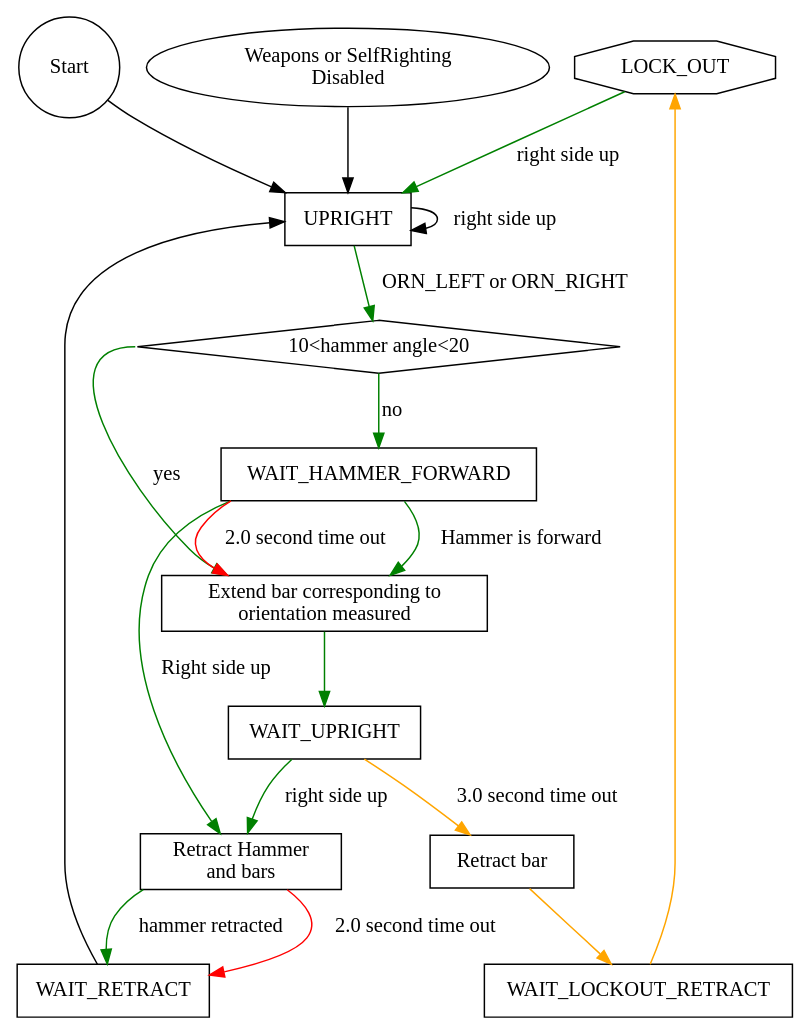
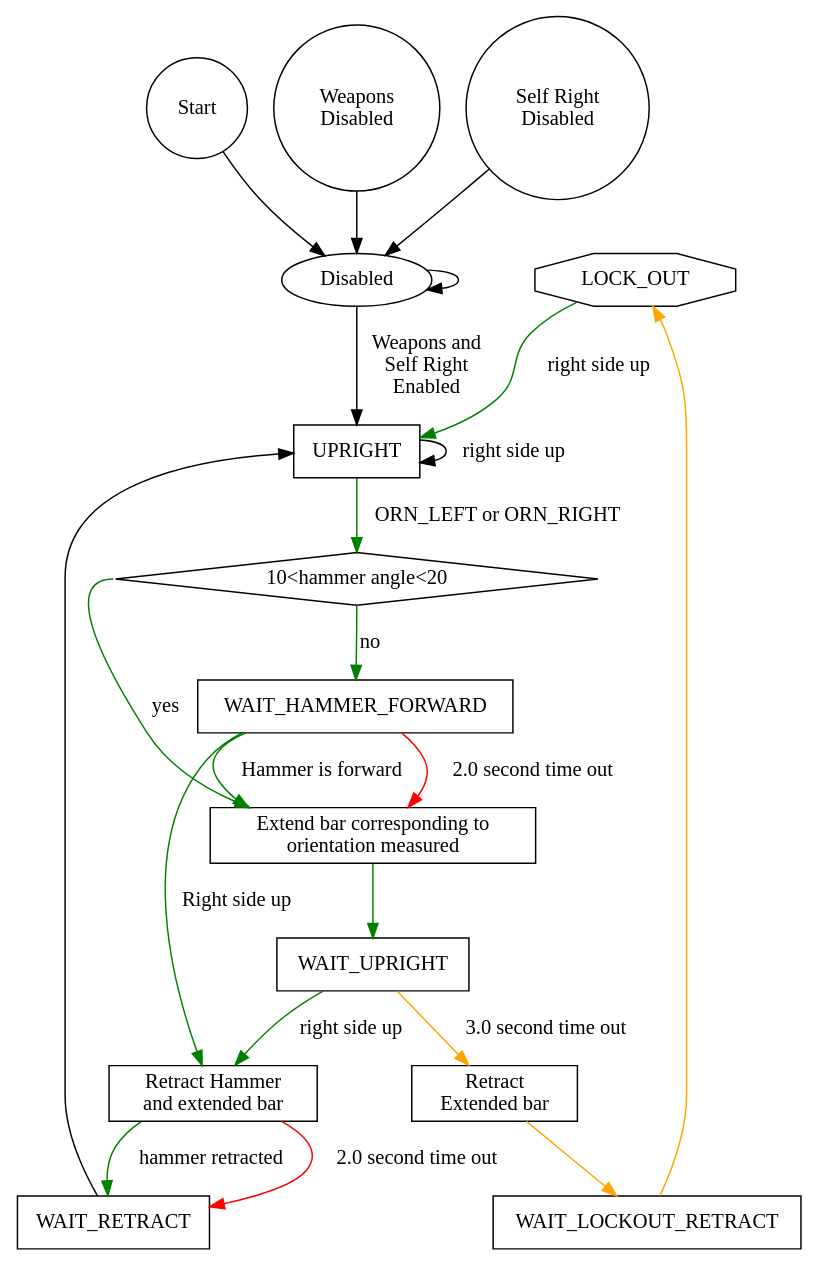
One commit to jaschalittle/Chomp changed the diagram in arduino/chomp/selfright.dot. Above: the diagram before and after it, drawn with Graphviz.

Commit message:
Update self-right state machine

```diff
--- a/arduino/chomp/selfright.dot
+++ b/arduino/chomp/selfright.dot
@@ -1,52 +1,59 @@
 digraph SelfRight {
 // UPRIGHT MOVE_HAMMER_FORWARD WAIT_STABLE SELF_RIGHT_LEFT
 // SELF_RIGHT_RIGHT WAIT_UPRIGHT HAMMER_RETRACT
 node [shape="box"];
 LOCK_OUT [shape="octagon"];
 
 Start [shape="circle"];
-Start -> UPRIGHT;
+Start -> Disable;
 
-Disable [shape="ellipse" label="Weapons or SelfRighting\nDisabled"]
-Disable -> UPRIGHT
+W_DISABLE [shape="circle" label="Weapons\nDisabled"];
+W_DISABLE -> Disable;
+SR_DISABLE [shape="circle" label="Self Right\nDisabled"];
+SR_DISABLE -> Disable;
 
-HAMMER_RETRACT [label="Retract Hammer\nand bars"]
+Disable [shape="ellipse" label="Disabled"]
+Disable -> UPRIGHT [label="Weapons and\nSelf Right\nEnabled"]
+
+Disable -> Disable
+
+HAMMER_RETRACT [label="Retract Hammer\nand extended bar"]
 
 UPRIGHT -> CHECK_HAMMER_POSITION [label="ORN_LEFT or ORN_RIGHT"
                                   color="green"];
 UPRIGHT -> UPRIGHT [label="right side up"];
 
 CHECK_HAMMER_POSITION [shape="diamond",
                        label="10<hammer angle<20"];
 CHECK_HAMMER_POSITION:s -> WAIT_HAMMER_FORWARD [label="no", color="green"];
 CHECK_HAMMER_POSITION:w -> EXTEND [label="yes", color="green"];
 
 WAIT_HAMMER_FORWARD -> EXTEND [label="Hammer is forward"
                                      color="green"];
 WAIT_HAMMER_FORWARD -> EXTEND [label="2.0 second time out"
                                      color="red"];
 WAIT_HAMMER_FORWARD -> HAMMER_RETRACT [label="Right side up"
                                        color="green"]
 
 EXTEND -> WAIT_UPRIGHT [color="green"];
 EXTEND [label="Extend bar corresponding to\norientation measured"];
 
 WAIT_UPRIGHT -> HAMMER_RETRACT [label="right side up"
                                 color="green"];
 WAIT_UPRIGHT -> GIVE_UP [label="3.0 second time out"
                           color="orange"];
 
-GIVE_UP [label="Retract bar"];
+GIVE_UP [label="Retract\nExtended bar"];
 GIVE_UP -> WAIT_LOCKOUT_RETRACT [color="orange"];
 WAIT_LOCKOUT_RETRACT -> LOCK_OUT [color="orange"];
 
 HAMMER_RETRACT -> WAIT_RETRACT [label="hammer retracted"
                            color="green"];
 
 WAIT_RETRACT -> UPRIGHT
 HAMMER_RETRACT -> WAIT_RETRACT [label="2.0 second time out"
                            color="red"];
 
 LOCK_OUT -> UPRIGHT [label="right side up"
                      color="green"];
 }
```
